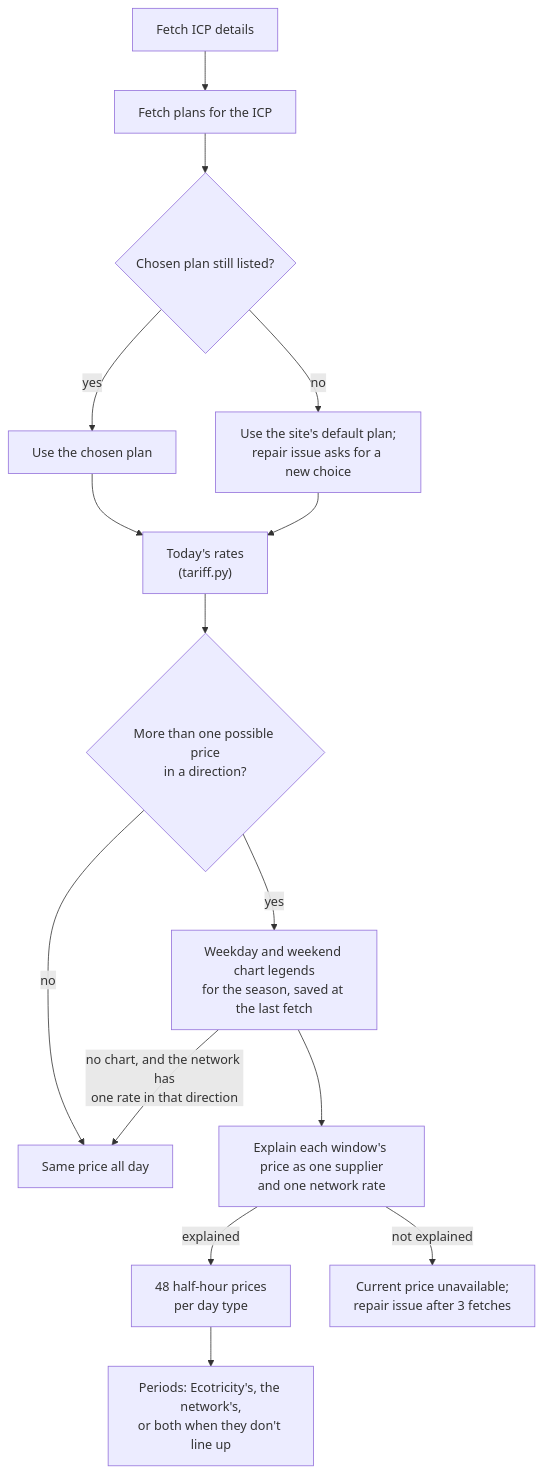
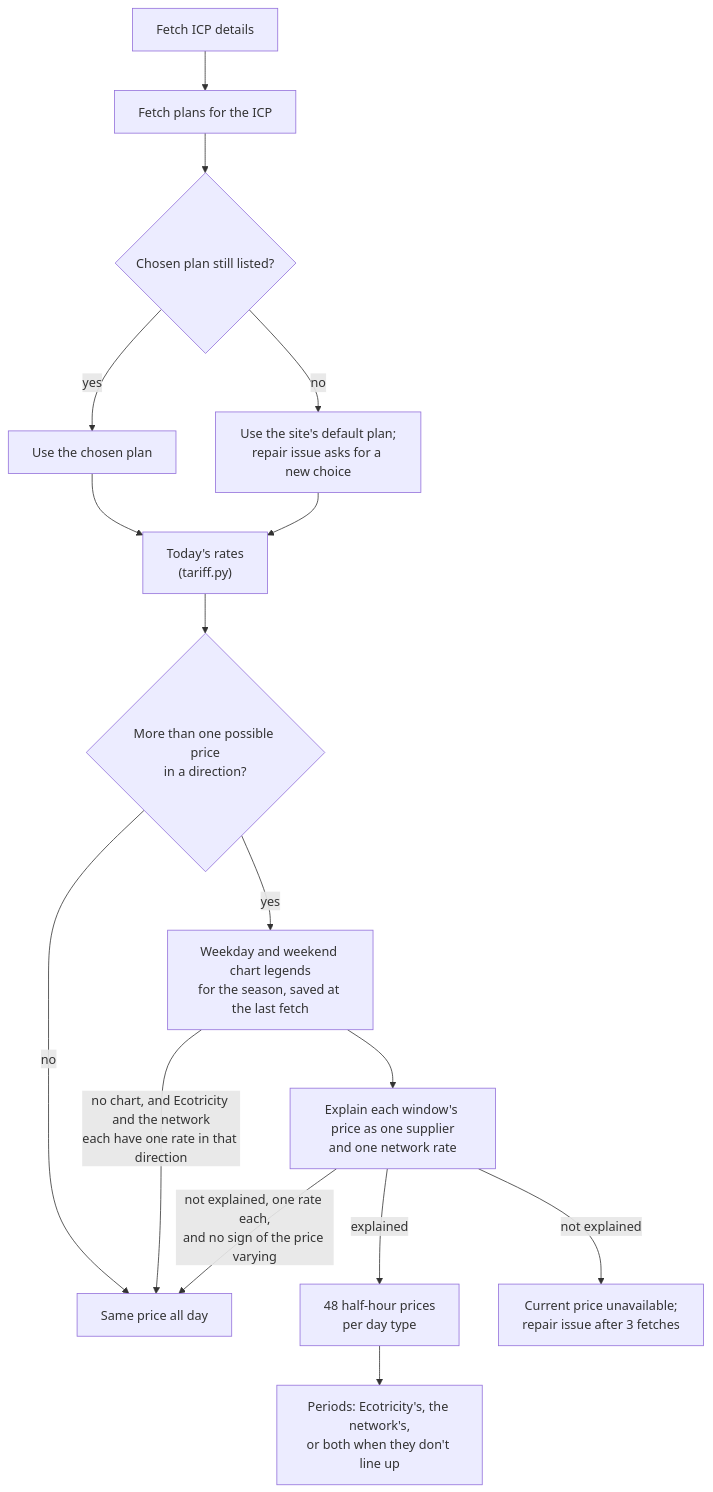
One commit to rhyskoedijk/ha-ecotricity-nz changed the second of 4 diagrams in docs/architecture.md. Above: the diagram before and after it, drawn with Mermaid. The commit also changed other lines of this file and 18 other files, not shown here.

````diff
--- a/docs/architecture.md
+++ b/docs/architecture.md
@@ -84,16 +84,17 @@
 ```mermaid
 flowchart TD
     A["Fetch ICP details"] --> B["Fetch plans for the ICP"]
     B --> F{"Chosen plan still listed?"}
     F -- yes --> Q["Use the chosen plan"]
     F -- no --> S["Use the site's default plan;<br/>repair issue asks for a new choice"]
     Q & S --> G["Today's rates<br/>(tariff.py)"]
     G --> H{"More than one possible price<br/>in a direction?"}
     H -- no --> I["Same price all day"]
     H -- yes --> J["Weekday and weekend chart legends<br/>for the season, saved at the last fetch"]
-    J -- "no chart, and the network has<br/>one rate in that direction" --> I
+    J -- "no chart, and Ecotricity and the network<br/>each have one rate in that direction" --> I
     J --> K["Explain each window's price as one supplier<br/>and one network rate"]
     K -- explained --> L["48 half-hour prices<br/>per day type"]
+    K -- "not explained, one rate each,<br/>and no sign of the price varying" --> I
     K -- "not explained" --> M["Current price unavailable;<br/>repair issue after 3 fetches"]
     L --> N["Periods: Ecotricity's, the network's,<br/>or both when they don't line up"]
 ```
````
